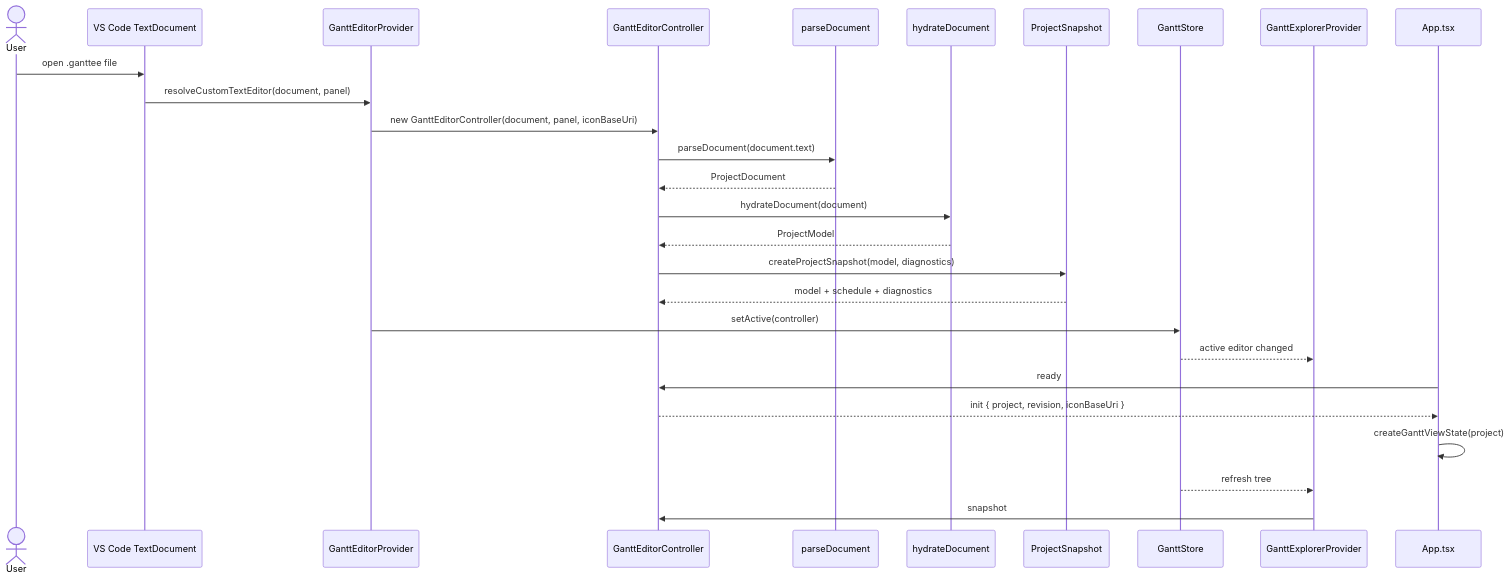
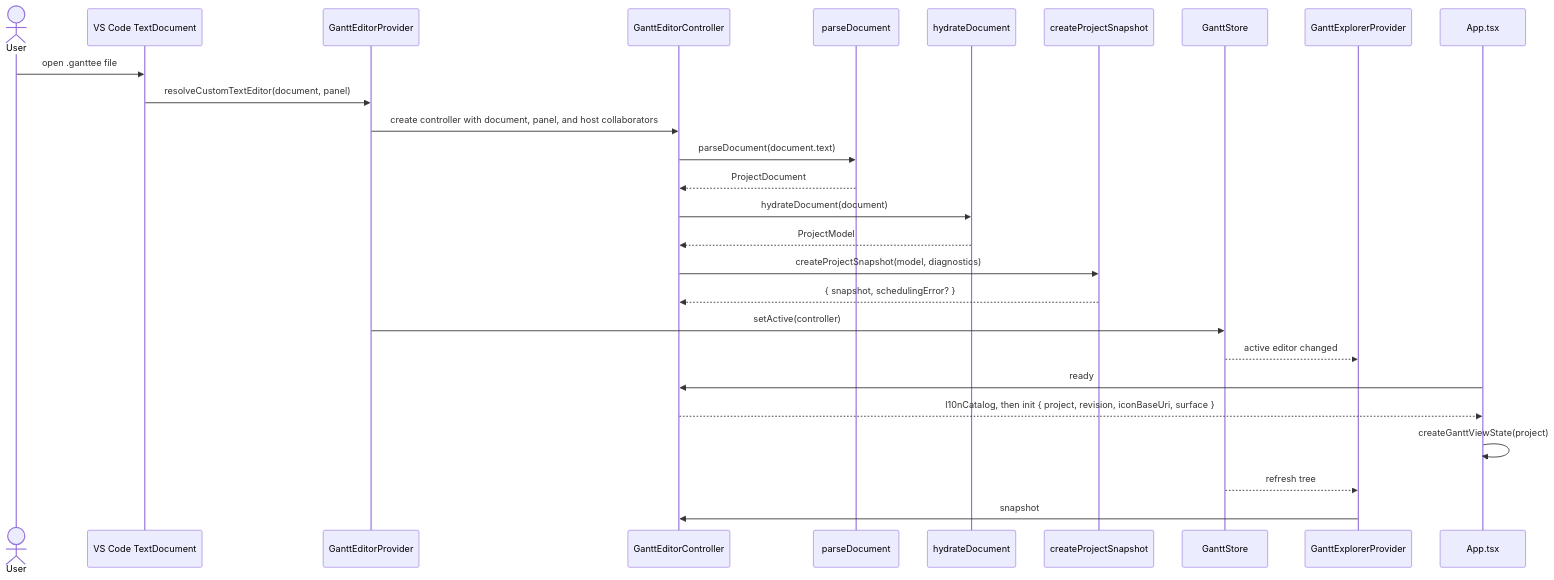
One commit to sergehas/ganttee changed the third of 7 diagrams in docs/documentation/gantt-model-hydration.md. Above: the diagram before and after it, drawn with Mermaid. The commit also changed other lines of this file and 5 other files, not shown here.

First line of the commit message:
refactor(editor): extract feedback and document edit workflows

````diff
--- a/docs/documentation/gantt-model-hydration.md
+++ b/docs/documentation/gantt-model-hydration.md
@@ -81,31 +125,31 @@
 ```mermaid
 sequenceDiagram
     actor User
     participant VSC as VS Code TextDocument
     participant Provider as GanttEditorProvider
     participant Ctrl as GanttEditorController
     participant Parse as parseDocument
     participant Hydrate as hydrateDocument
-    participant Snapshot as ProjectSnapshot
+    participant Snapshot as createProjectSnapshot
     participant Store as GanttStore
     participant Tree as GanttExplorerProvider
     participant App as App.tsx
 
     User->>VSC: open .ganttee file
     VSC->>Provider: resolveCustomTextEditor(document, panel)
-    Provider->>Ctrl: new GanttEditorController(document, panel, iconBaseUri)
+    Provider->>Ctrl: create controller with document, panel, and host collaborators
     Ctrl->>Parse: parseDocument(document.text)
     Parse-->>Ctrl: ProjectDocument
     Ctrl->>Hydrate: hydrateDocument(document)
     Hydrate-->>Ctrl: ProjectModel
     Ctrl->>Snapshot: createProjectSnapshot(model, diagnostics)
-    Snapshot-->>Ctrl: model + schedule + diagnostics
+    Snapshot-->>Ctrl: { snapshot, schedulingError? }
     Provider->>Store: setActive(controller)
     Store-->>Tree: active editor changed
 
     App->>Ctrl: ready
-    Ctrl-->>App: init { project, revision, iconBaseUri }
+    Ctrl-->>App: l10nCatalog, then init { project, revision, iconBaseUri, surface }
     App->>App: createGanttViewState(project)
     Store-->>Tree: refresh tree
     Tree->>Ctrl: snapshot
 ```
````
